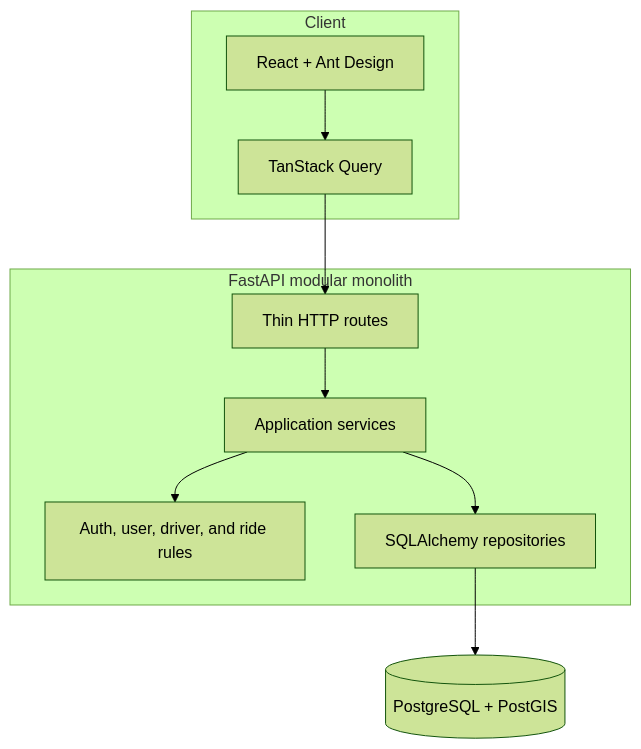
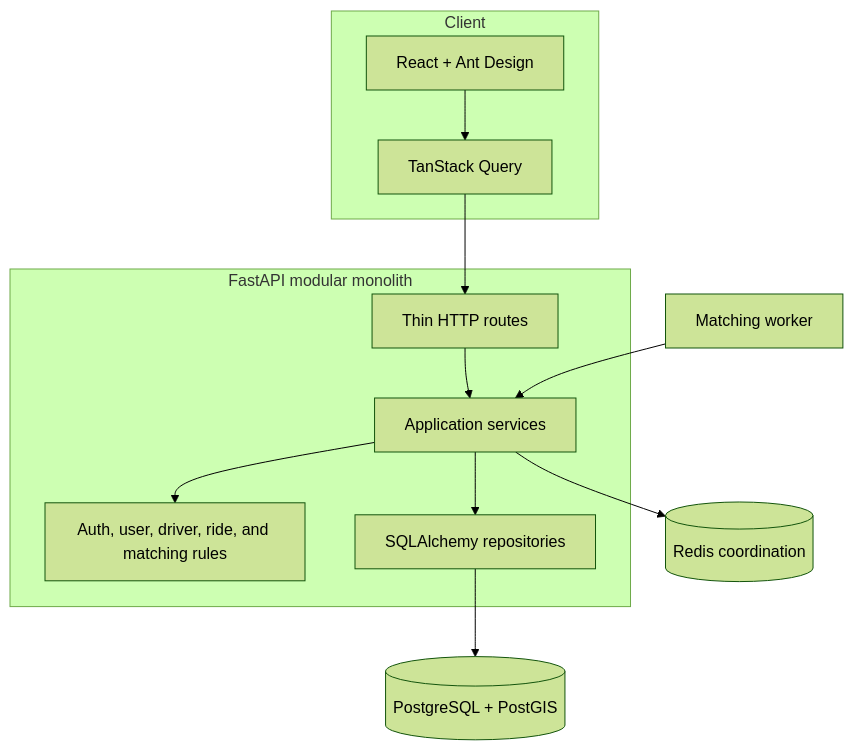
One commit to Singatha/ride-flow changed the first of 5 diagrams in docs/architecture.md. Above: the diagram before and after it, drawn with Mermaid (forest theme). The commit also changed other lines of this file and 39 other files, not shown here.

Commit message:
feat(matching): add Redis-backed driver offers

````diff
--- a/docs/architecture.md
+++ b/docs/architecture.md
@@ -7,18 +7,20 @@
 ```mermaid
 flowchart TB
     subgraph Client
         UI[React + Ant Design]
         Query[TanStack Query]
         UI --> Query
     end
     subgraph Backend[FastAPI modular monolith]
         Routes[Thin HTTP routes]
         Services[Application services]
-        Domains[Auth, user, driver, and ride rules]
+        Domains[Auth, user, driver, ride, and matching rules]
         Persistence[SQLAlchemy repositories]
         Routes --> Services --> Domains
         Services --> Persistence
     end
     Query --> Routes
     Persistence --> PG[(PostgreSQL + PostGIS)]
+    Services --> Redis[(Redis coordination)]
+    Worker[Matching worker] --> Services
 ```
````
